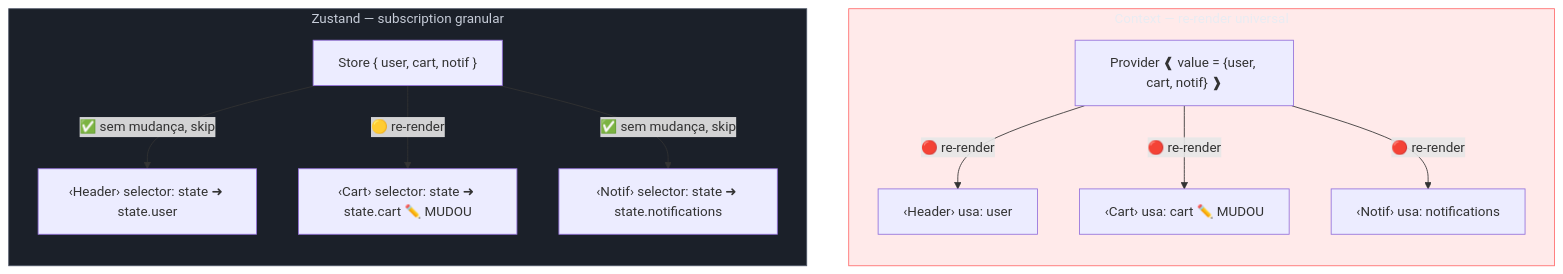
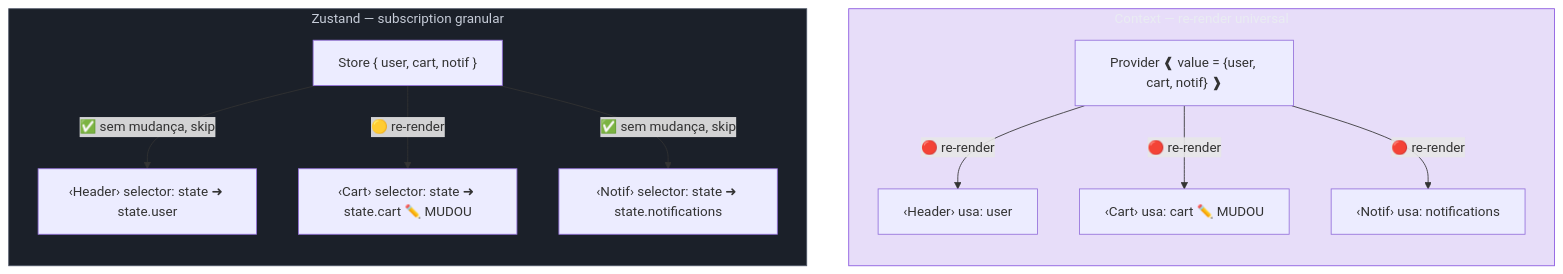
The diagram in 03-Dominios/Tecnologia/React/Ecossistema/07 - Client state global - Context e Zustand.md (josenaldo/codex-technomanticus), drawn with Mermaid before and after one commit. The commit also changed 601 other files, not shown here.

````diff
--- a/03-Dominios/Tecnologia/React/Ecossistema/07 - Client state global - Context e Zustand.md
+++ b/03-Dominios/Tecnologia/React/Ecossistema/07 - Client state global - Context e Zustand.md
@@ -85,29 +85,29 @@
 ```mermaid
 graph TB
-    classDef falha fill:#FF6B6B24,stroke:#FF6B6B,color:#E9ECF2
+    classDef marca fill:#8855DF33,stroke:#8855DF,color:#E9ECF2
     classDef neutro fill:#1B2029,stroke:#4E5666,color:#C6CCD8
     subgraph CTX["Context — re-render universal"]
         direction TB
         P1["Provider ❰ value = {user, cart, notif} ❱"]
         C1["‹Header› usa: user"]
         C2["‹Cart› usa: cart ✏️ MUDOU"]
         C3["‹Notif› usa: notifications"]
         P1 -->|"🔴 re-render"| C1
         P1 -->|"🔴 re-render"| C2
         P1 -->|"🔴 re-render"| C3
     end
 
     subgraph ZST["Zustand — subscription granular"]
         direction TB
         S["Store { user, cart, notif }"]
         Z1["‹Header› selector: state ➜ state.user"]
         Z2["‹Cart› selector: state ➜ state.cart ✏️ MUDOU"]
         Z3["‹Notif› selector: state ➜ state.notifications"]
         S -->|"✅ sem mudança, skip"| Z1
         S -->|"🟡 re-render"| Z2
         S -->|"✅ sem mudança, skip"| Z3
     end
 
-    class CTX falha
+    class CTX marca
     class ZST neutro
 ```
````
